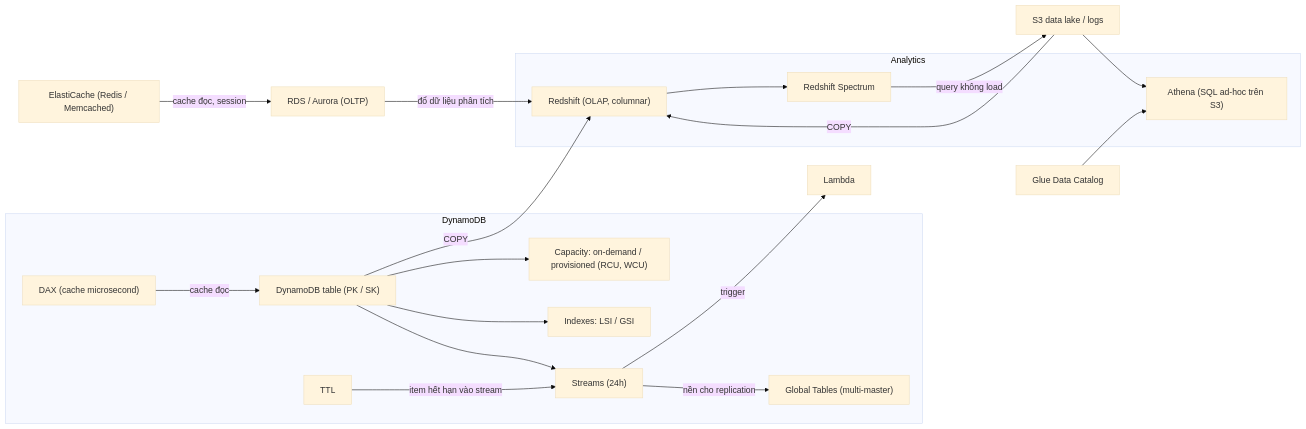
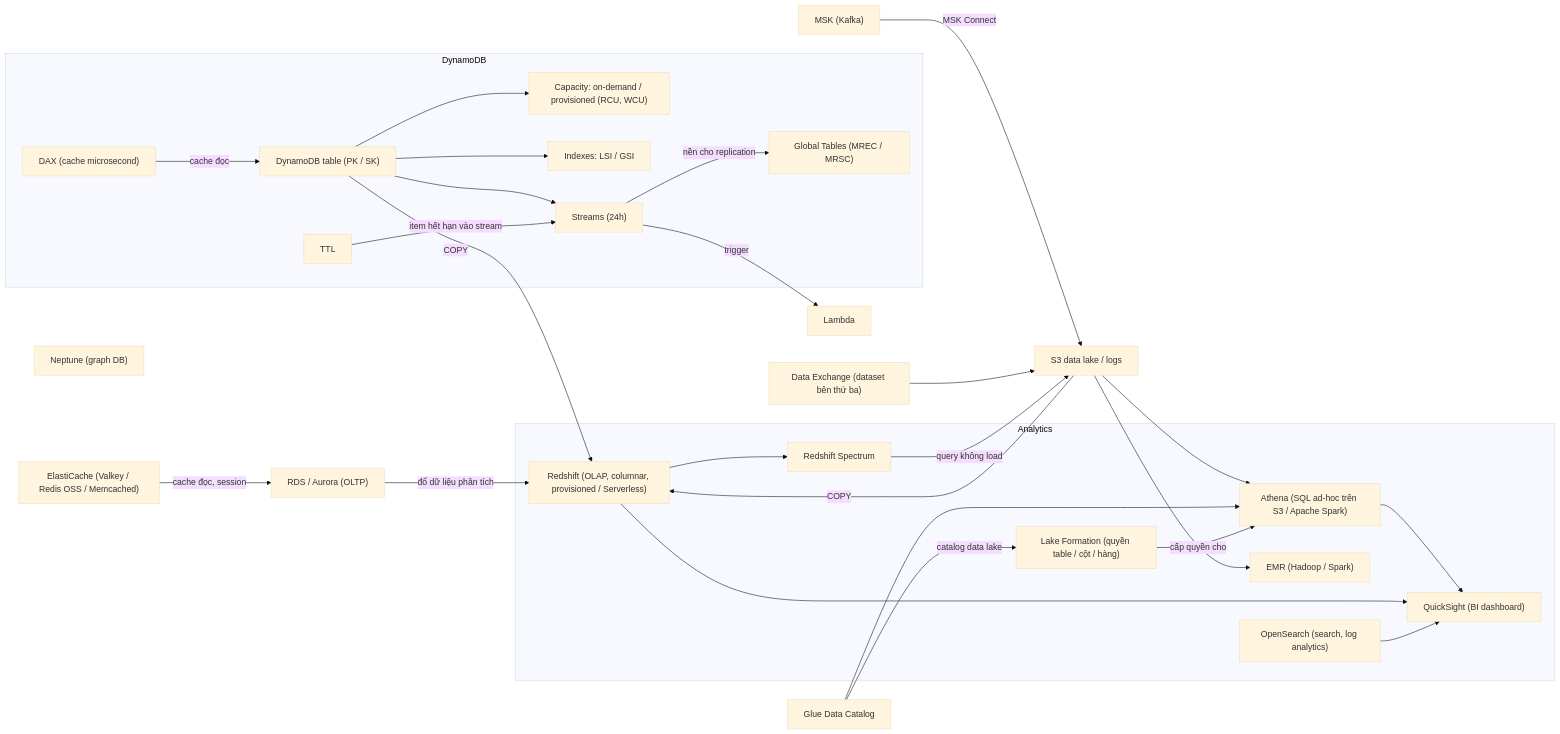
One commit to hairbui76/aws-saa-c03 changed the diagram in data/20 NoSQL and Analytics/_MOC 20 NoSQL and Analytics.md. Above: the diagram before and after it, drawn with Mermaid (base theme). The commit also changed other lines of this file and 74 other files, not shown here.

````diff
--- a/data/20 NoSQL and Analytics/_MOC 20 NoSQL and Analytics.md
+++ b/data/20 NoSQL and Analytics/_MOC 20 NoSQL and Analytics.md
@@ -24,33 +31,46 @@
 ```mermaid
 flowchart LR
   subgraph DDB["DynamoDB"]
     ARCH["DynamoDB table (PK / SK)"]
     CAP["Capacity: on-demand / provisioned (RCU, WCU)"]
     IDX["Indexes: LSI / GSI"]
     STR["Streams (24h)"]
-    GT["Global Tables (multi-master)"]
+    GT["Global Tables (MREC / MRSC)"]
     TTL["TTL"]
     DAX["DAX (cache microsecond)"]
   end
   ARCH --> CAP
   ARCH --> IDX
   ARCH --> STR
   STR -->|"trigger"| LAM["Lambda"]
   STR -->|"nền cho replication"| GT
   TTL -->|"item hết hạn vào stream"| STR
   DAX -->|"cache đọc"| ARCH
 
   subgraph ANA["Analytics"]
-    ATH["Athena (SQL ad-hoc trên S3)"]
-    RS["Redshift (OLAP, columnar)"]
+    ATH["Athena (SQL ad-hoc trên S3 / Apache Spark)"]
+    RS["Redshift (OLAP, columnar, provisioned / Serverless)"]
     SPEC["Redshift Spectrum"]
+    LF["Lake Formation (quyền table / cột / hàng)"]
+    EMR["EMR (Hadoop / Spark)"]
+    QS["QuickSight (BI dashboard)"]
+    OS["OpenSearch (search, log analytics)"]
   end
   S3["S3 data lake / logs"] --> ATH
   GLUE["Glue Data Catalog"] --> ATH
   S3 -->|"COPY"| RS
   ARCH -->|"COPY"| RS
   RS --> SPEC -->|"query không load"| S3
   OLTP["RDS / Aurora (OLTP)"] -->|"đổ dữ liệu phân tích"| RS
+  GLUE -->|"catalog data lake"| LF
+  LF -->|"cấp quyền cho"| ATH
+  S3 --> EMR
+  ATH --> QS
+  RS --> QS
+  OS --> QS
+  MSK["MSK (Kafka)"] -->|"MSK Connect"| S3
+  DX["Data Exchange (dataset bên thứ ba)"] --> S3
+  NEP["Neptune (graph DB)"]
 
-  EC["ElastiCache (Redis / Memcached)"] -->|"cache đọc, session"| OLTP
+  EC["ElastiCache (Valkey / Redis OSS / Memcached)"] -->|"cache đọc, session"| OLTP
 ```
````
